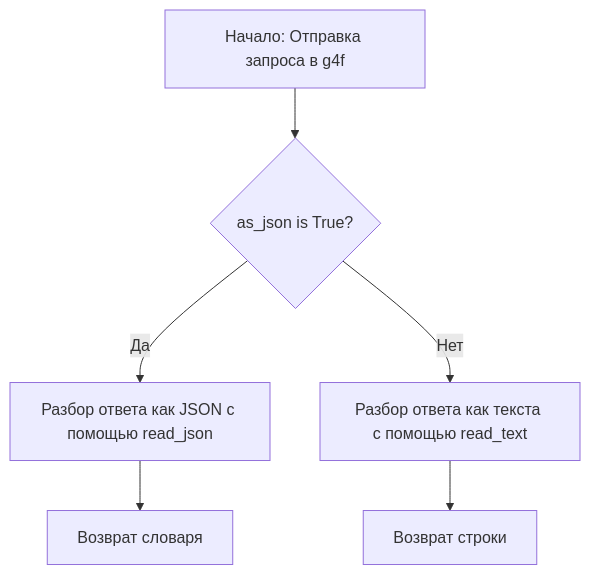
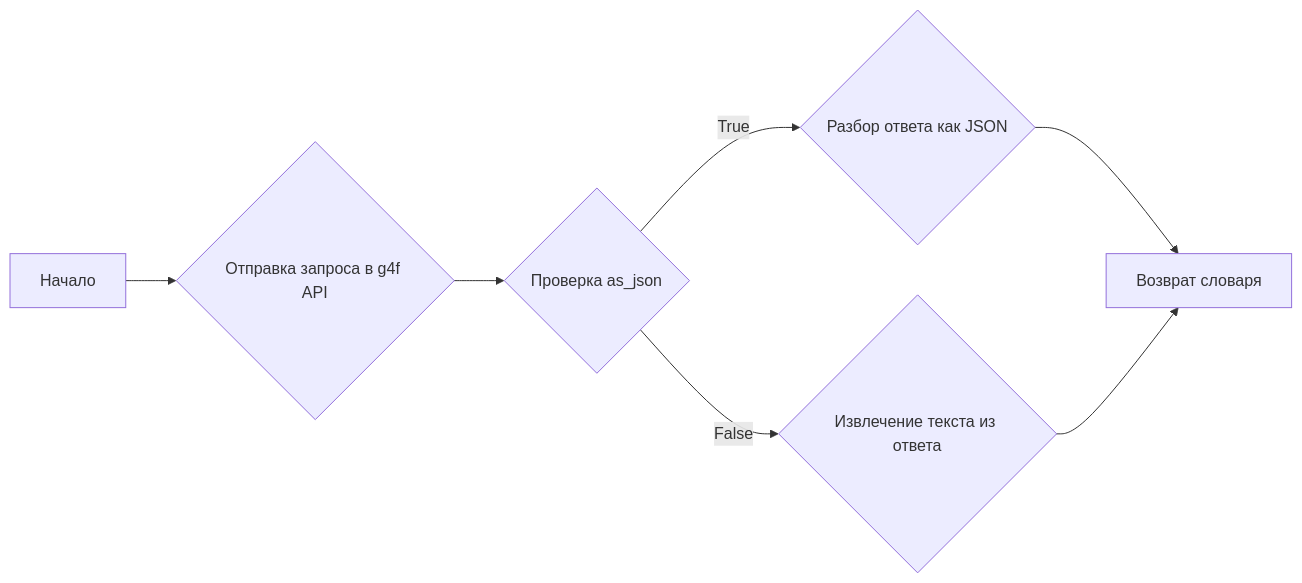
Before and after one commit to hypo69/hypotez: the fifth of 8 diagrams in docs/ru/src/endpoints/gpt4free/etc/tool/copilot.py.md, drawn with Mermaid. The commit also changed other lines of this file and 1431 other files, not shown here.

````diff
--- a/docs/ru/src/endpoints/gpt4free/etc/tool/copilot.py.md
+++ b/docs/ru/src/endpoints/gpt4free/etc/tool/copilot.py.md
@@ -240,8 +204,9 @@
 ```mermaid
-graph TD
-    A[Начало: Отправка запроса в g4f] --> B{as_json is True?};
-    B -- Да --> C[Разбор ответа как JSON с помощью read_json];
-    C --> D[Возврат словаря];
-    B -- Нет --> E[Разбор ответа как текста с помощью read_text];
-    E --> F[Возврат строки];
+graph LR
+A[Начало] --> B{Отправка запроса в g4f API};
+B --> C{Проверка as_json};
+C -- True --> D{Разбор ответа как JSON};
+C -- False --> E{Извлечение текста из ответа};
+D --> F[Возврат словаря];
+E --> F;
 ```
````
